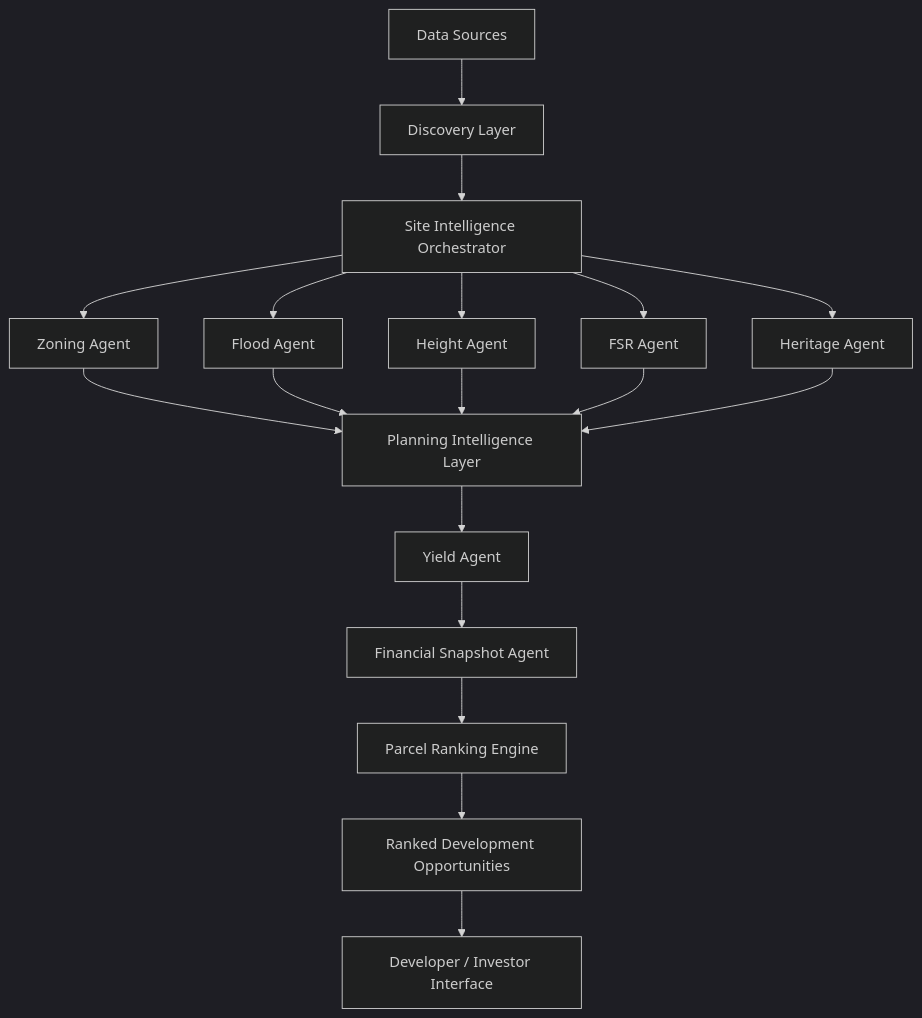
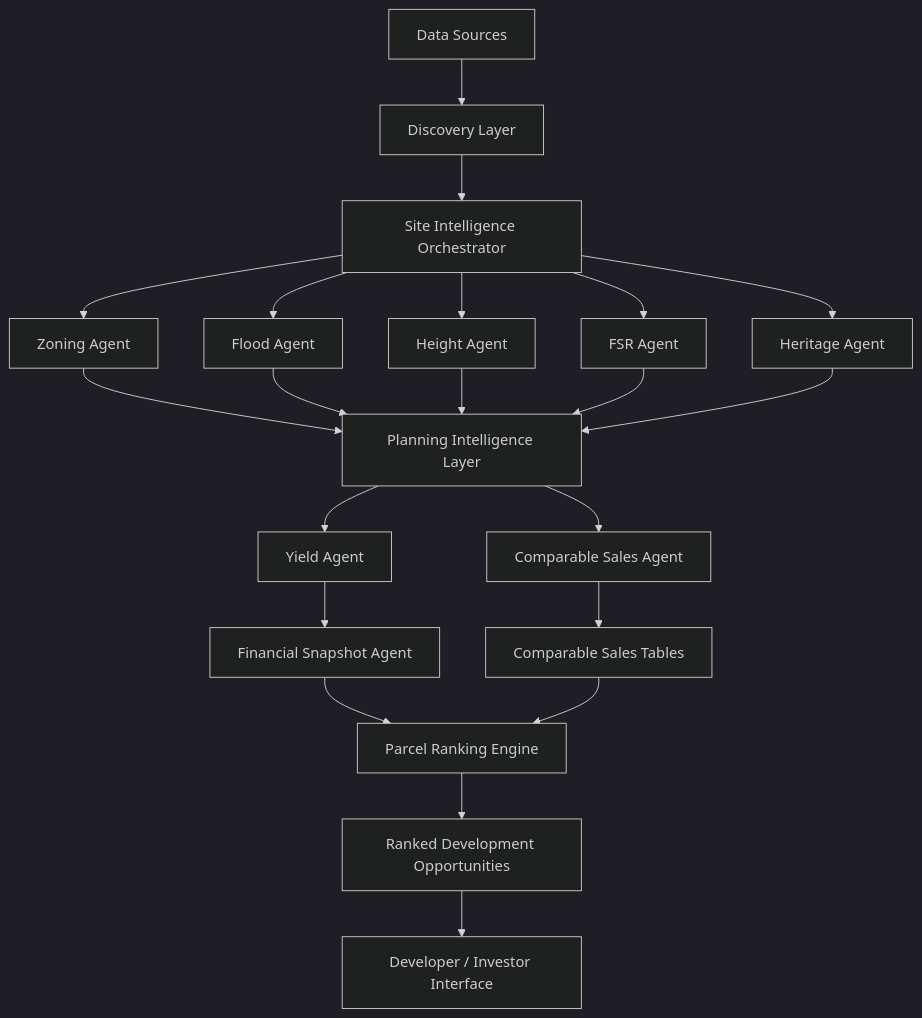
Before and after one commit to geromedr/ai-deal-platform: the first of 2 diagrams in docs/architecture/SYSTEM_ARCHITECTURE_DIAGRAM.md, drawn with Mermaid (dark theme). The commit also changed other lines of this file and 12 other files, not shown here.

````diff
--- a/docs/architecture/SYSTEM_ARCHITECTURE_DIAGRAM.md
+++ b/docs/architecture/SYSTEM_ARCHITECTURE_DIAGRAM.md
@@ -15,27 +13,30 @@
-``` mermaid
+```mermaid
 flowchart TD
 
 A[Data Sources] --> B[Discovery Layer]
 B --> C[Site Intelligence Orchestrator]
 
 C --> D1[Zoning Agent]
 C --> D2[Flood Agent]
 C --> D3[Height Agent]
 C --> D4[FSR Agent]
 C --> D5[Heritage Agent]
 
 D1 --> E[Planning Intelligence Layer]
 D2 --> E
 D3 --> E
 D4 --> E
 D5 --> E
 
 E --> F[Yield Agent]
+E --> F2[Comparable Sales Agent]
 F --> G[Financial Snapshot Agent]
+F2 --> H2[Comparable Sales Tables]
 
 G --> H[Parcel Ranking Engine]
+H2 --> H
 
 H --> I[Ranked Development Opportunities]
 
 I --> J[Developer / Investor Interface]
 ```
````
